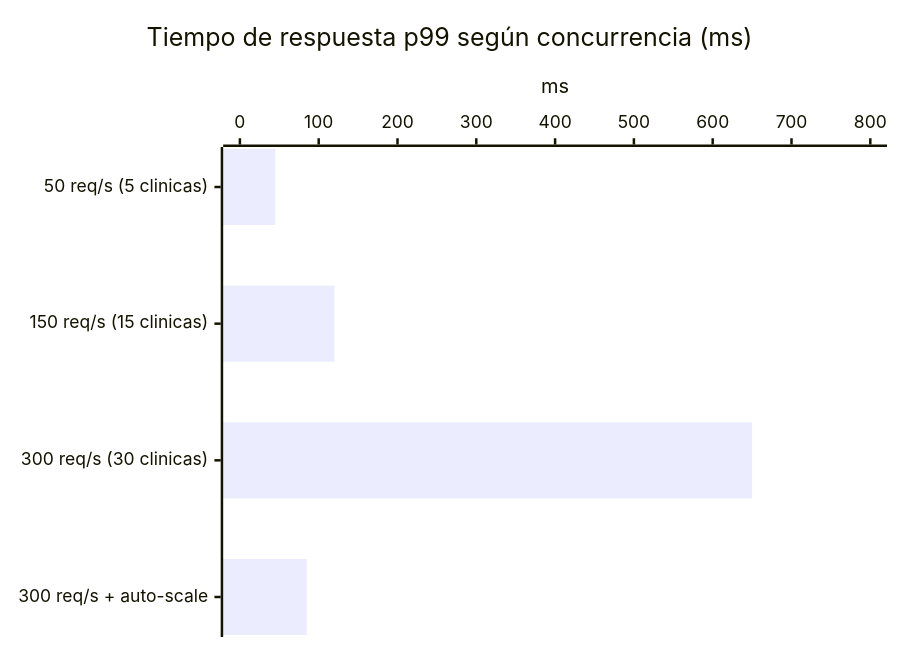
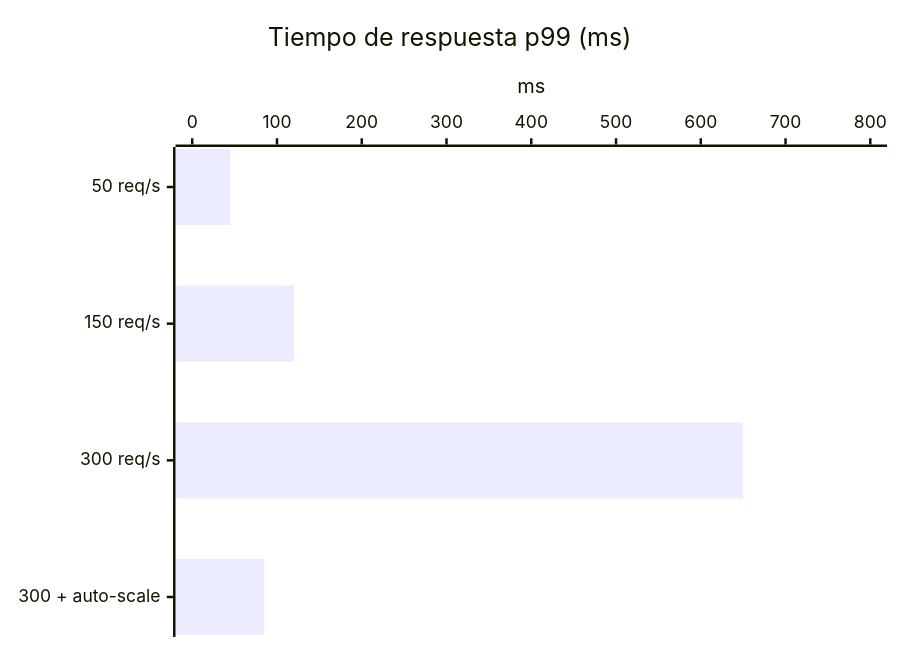
Before and after one commit to gmeono94/nua-salud-panel: diagram 15 of 19 in README.md, drawn with Mermaid. The commit also changed other lines of this file, not shown here.

First line of the commit message:
fix: shorten Mermaid labels, fix 5→8 metrics text, rework team scaling

````diff
--- a/README.md
+++ b/README.md
@@ -794,7 +794,7 @@
 ```mermaid
 xychart-beta horizontal
-    title "Tiempo de respuesta p99 según concurrencia (ms)"
-    x-axis ["50 req/s (5 clinicas)", "150 req/s (15 clinicas)", "300 req/s (30 clinicas)", "300 req/s + auto-scale"]
+    title "Tiempo de respuesta p99 (ms)"
+    x-axis ["50 req/s", "150 req/s", "300 req/s", "300 + auto-scale"]
     y-axis "ms" 0 --> 800
     bar [45, 120, 650, 85]
 ```
````
